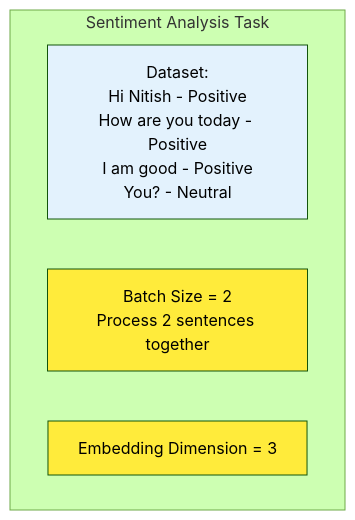
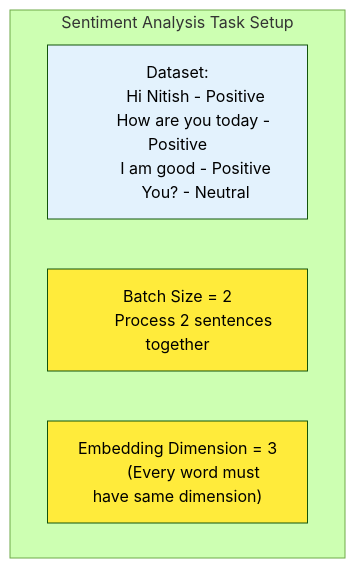
Before and after one commit to Sankhyesh/AI-Learning-Roadmap-2024: the ninth of 26 diagrams in CampusX/100-days-deep-learning/79-layer-normalization-in-transformers.md, drawn with Mermaid (forest theme). The commit also changed other lines of this file, not shown here.

Commit message:
feat: Enhance normalization documentation with clearer mermaid diagrams and explanations

````diff
--- a/CampusX/100-days-deep-learning/79-layer-normalization-in-transformers.md
+++ b/CampusX/100-days-deep-learning/79-layer-normalization-in-transformers.md
@@ -258,12 +283,18 @@
 ```mermaid
 graph TD
-    subgraph "Sentiment Analysis Task"
-        A[Dataset:<br/>Hi Nitish - Positive<br/>How are you today - Positive<br/>I am good - Positive<br/>You? - Neutral]
-        B[Batch Size = 2<br/>Process 2 sentences together]
-        C[Embedding Dimension = 3]
+    subgraph "Sentiment Analysis Task Setup"
+        A["Dataset:
+        Hi Nitish - Positive
+        How are you today - Positive
+        I am good - Positive
+        You? - Neutral"]
+        B["Batch Size = 2
+        Process 2 sentences together"]
+        C["Embedding Dimension = 3
+        (Every word must have same dimension)"]
     end
     
     style A fill:#e3f2fd
     style B fill:#ffeb3b
     style C fill:#ffeb3b
 ```
````
